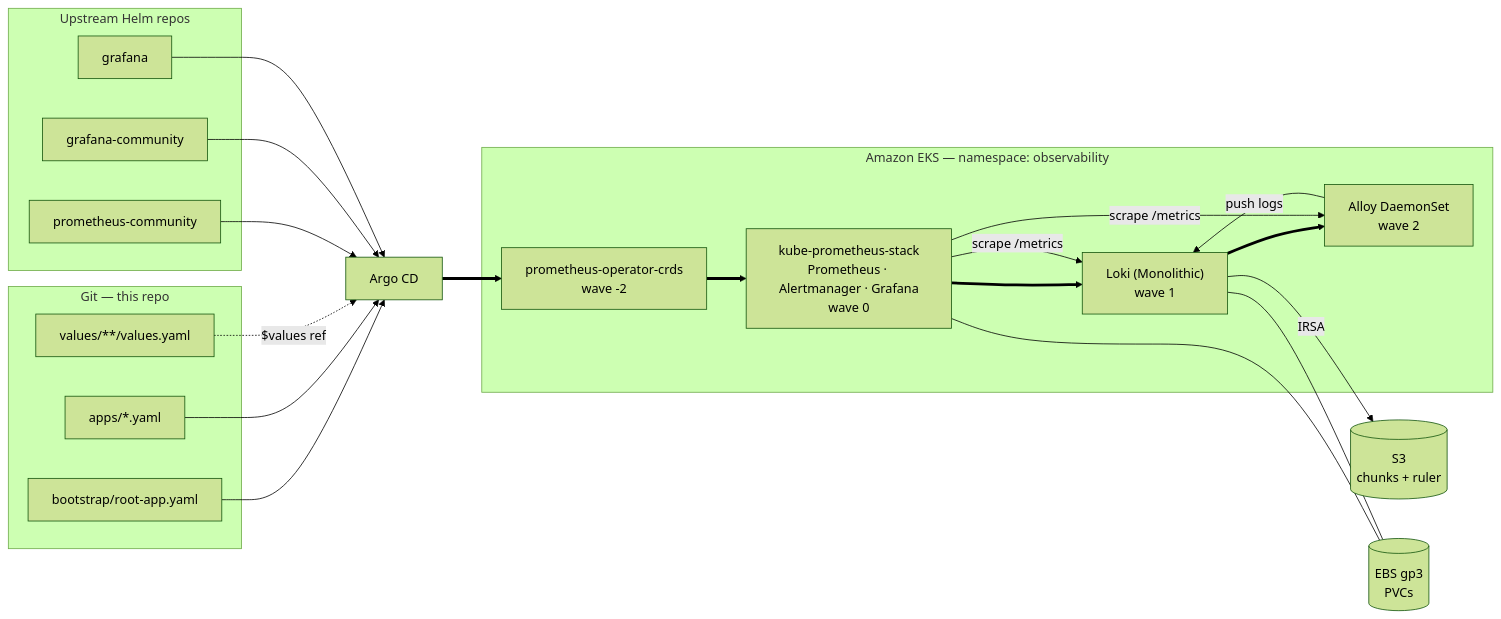
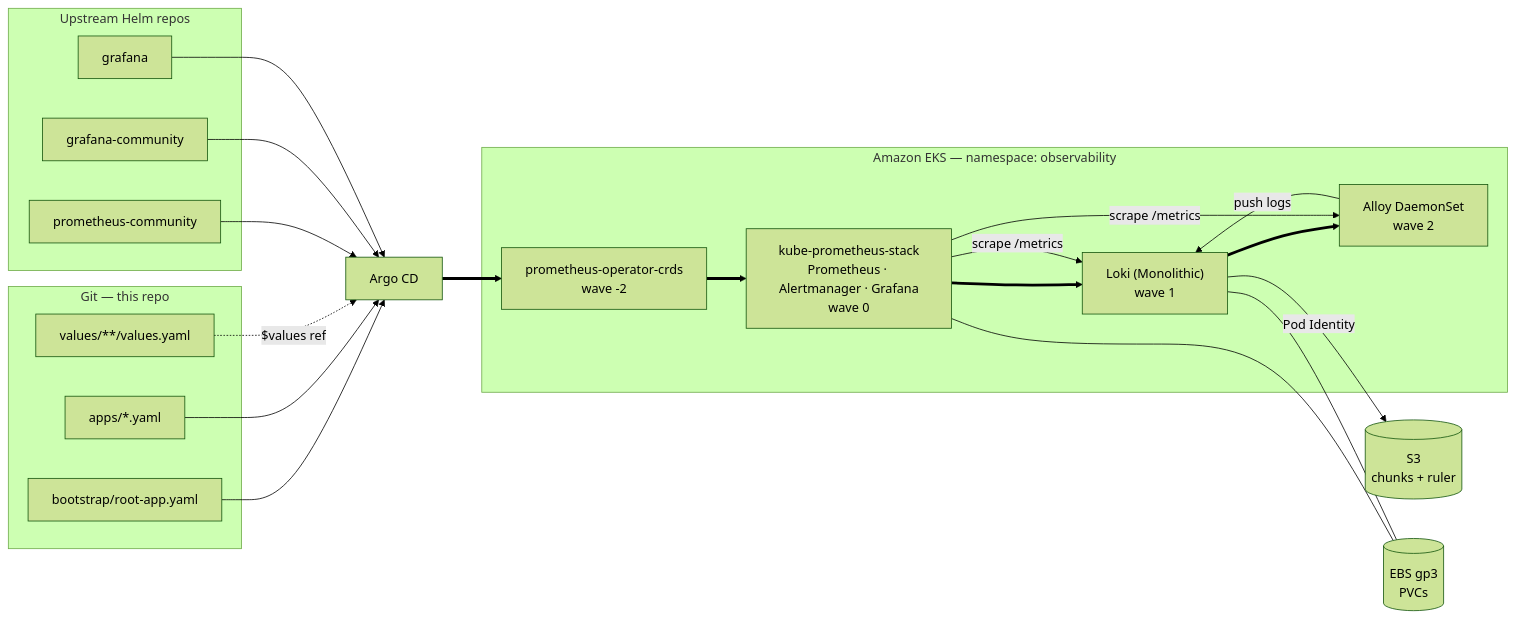
One commit to BoldFellow/aws-mini-lessons changed the diagram in argocd-observability/lesson.md. Above: the diagram before and after it, drawn with Mermaid (forest theme). The commit also changed other lines of this file and 2 other files, not shown here.

First line of the commit message:
Use EKS Pod Identity instead of IRSA for Loki S3 access

````diff
--- a/argocd-observability/lesson.md
+++ b/argocd-observability/lesson.md
@@ -8,42 +8,42 @@
 ```mermaid
 flowchart LR
   subgraph GIT["Git — this repo"]
     RA["bootstrap/root-app.yaml"]
     APPS["apps/*.yaml"]
     VALS["values/**/values.yaml"]
   end
 
   subgraph HELM["Upstream Helm repos"]
     PC["prometheus-community"]
     GC["grafana-community"]
     GR["grafana"]
   end
 
   subgraph EKS["Amazon EKS — namespace: observability"]
     CRD["prometheus-operator-crds<br/>wave -2"]
     KPS["kube-prometheus-stack<br/>Prometheus · Alertmanager · Grafana<br/>wave 0"]
     LOKI["Loki (Monolithic)<br/>wave 1"]
     AL["Alloy DaemonSet<br/>wave 2"]
   end
 
   S3[("S3<br/>chunks + ruler")]
   EBS[("EBS gp3<br/>PVCs")]
 
   ARGO["Argo CD"]
 
   RA --> ARGO
   APPS --> ARGO
   VALS -.->|"$values ref"| ARGO
   PC --> ARGO
   GC --> ARGO
   GR --> ARGO
 
   ARGO ==> CRD ==> KPS ==> LOKI ==> AL
 
   AL -->|"push logs"| LOKI
   KPS -->|"scrape /metrics"| LOKI
   KPS -->|"scrape /metrics"| AL
-  LOKI -->|"IRSA"| S3
+  LOKI -->|"Pod Identity"| S3
   KPS --- EBS
   LOKI --- EBS
 ```
````
